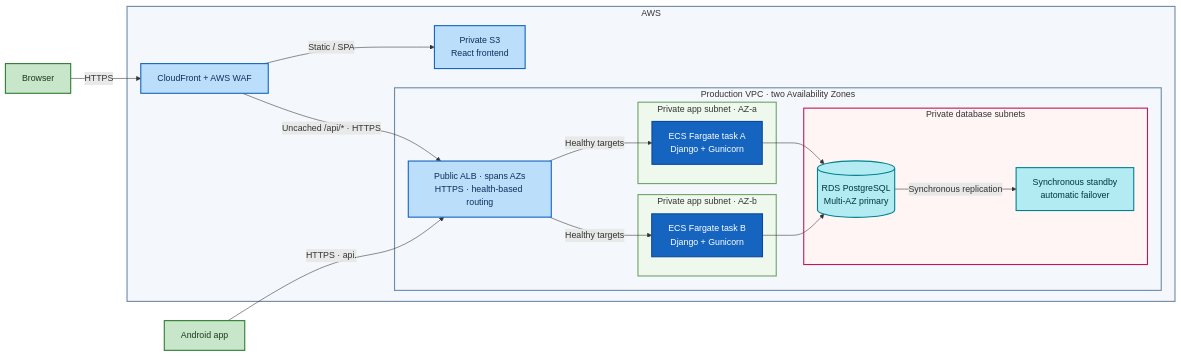
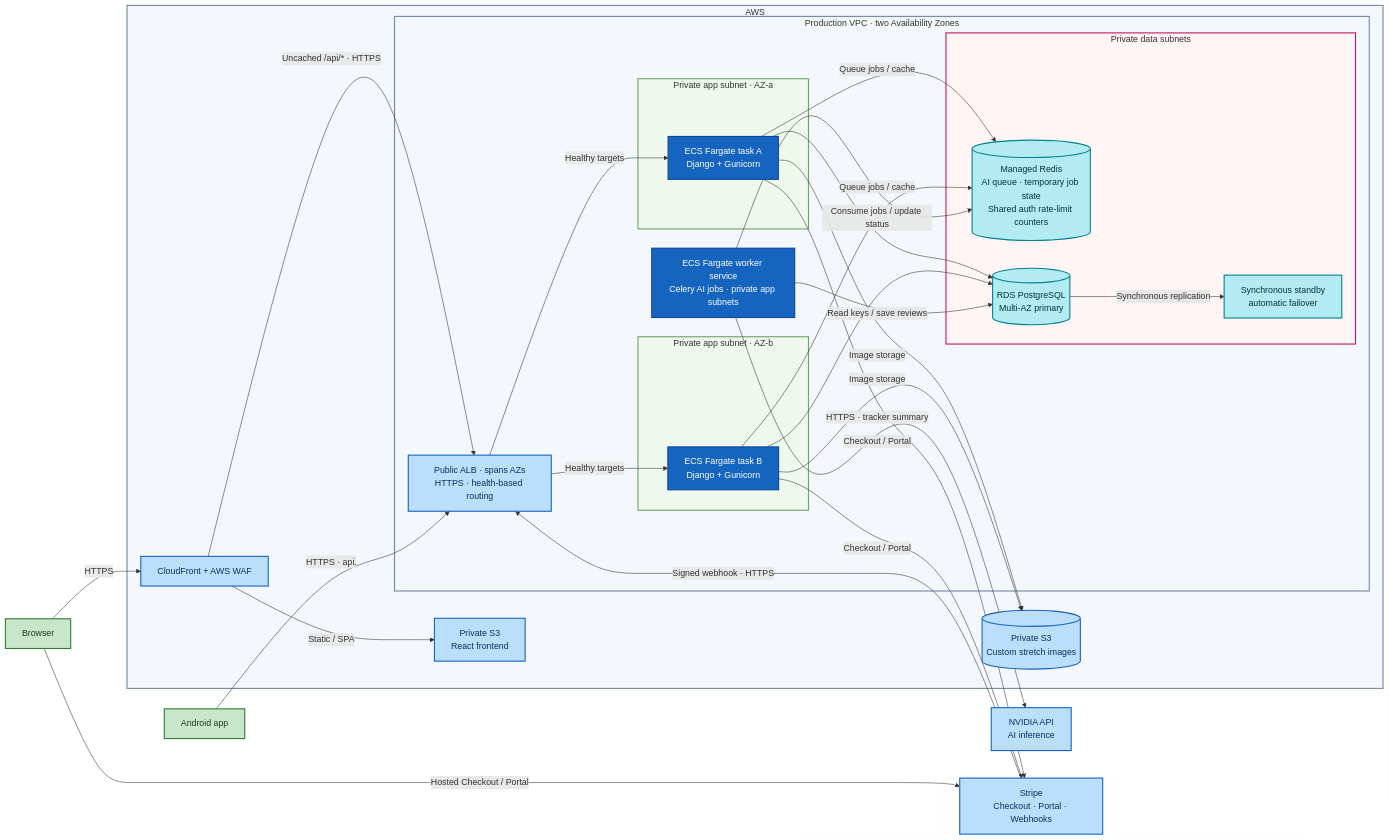
Before and after one commit to elvisrepo/long: the fourth of 5 diagrams in README.md, drawn with Mermaid. The commit also changed other lines of this file and 2 other files, not shown here.

````diff
--- a/README.md
+++ b/README.md
@@ -316,52 +316,71 @@
 ```mermaid
 flowchart LR
     B["Browser"]
     M["Android app"]
+    NVIDIA["NVIDIA API<br/>AI inference"]
+    STRIPE["Stripe<br/>Checkout · Portal · Webhooks"]
 
     subgraph AWS["AWS"]
         CF["CloudFront + AWS WAF"]
         S3["Private S3<br/>React frontend"]
+        IMAGES[("Private S3<br/>Custom stretch images")]
 
         subgraph VPC["Production VPC · two Availability Zones"]
             ALB["Public ALB · spans AZs<br/>HTTPS · health-based routing"]
 
             subgraph AZA["Private app subnet · AZ-a"]
                 A["ECS Fargate task A<br/>Django + Gunicorn"]
             end
             subgraph AZB["Private app subnet · AZ-b"]
                 C["ECS Fargate task B<br/>Django + Gunicorn"]
             end
 
-            subgraph DATA["Private database subnets"]
+            WORKER["ECS Fargate worker service<br/>Celery AI jobs · private app subnets"]
+
+            subgraph DATA["Private data subnets"]
+                REDIS[("Managed Redis<br/>AI queue · temporary job state<br/>Shared auth rate-limit counters")]
                 DB[("RDS PostgreSQL<br/>Multi-AZ primary")]
                 STANDBY["Synchronous standby<br/>automatic failover"]
             end
         end
     end
 
     B -->|"HTTPS"| CF
     CF -->|"Static / SPA"| S3
     CF -->|"Uncached /api/* · HTTPS"| ALB
     M -->|"HTTPS · api.<domain>"| ALB
     ALB -->|"Healthy targets"| A
     ALB -->|"Healthy targets"| C
     A --> DB
     C --> DB
+    A -->|"Queue jobs / cache"| REDIS
+    C -->|"Queue jobs / cache"| REDIS
+    WORKER -->|"Consume jobs / update status"| REDIS
+    WORKER -->|"Read keys / save reviews"| DB
+    WORKER -->|"HTTPS · tracker summary"| NVIDIA
+    A -->|"Image storage"| IMAGES
+    C -->|"Image storage"| IMAGES
+    A -->|"Checkout / Portal"| STRIPE
+    C -->|"Checkout / Portal"| STRIPE
+    B -->|"Hosted Checkout / Portal"| STRIPE
+    STRIPE -->|"Signed webhook · HTTPS"| ALB
     DB -->|"Synchronous replication"| STANDBY
 
     classDef client fill:#c8e6c9,stroke:#2e7d32,color:#1b3a1e,stroke-width:2px
     classDef edge fill:#bbdefb,stroke:#1565c0,color:#0d2f5c,stroke-width:2px
     classDef app fill:#1565c0,stroke:#0d47a1,color:#fff,stroke-width:2px
     classDef db fill:#b2ebf2,stroke:#00838f,color:#00363d,stroke-width:2px
 
     class B,M client
     class CF,S3,ALB edge
-    class A,C app
-    class DB,STANDBY db
+    class A,C,WORKER app
+    class DB,STANDBY,REDIS db
+    class IMAGES edge
+    class NVIDIA,STRIPE edge
 
     style AWS fill:#f4f7fb,stroke:#6f8aa6,stroke-width:2px
     style VPC fill:#f4f7fb,stroke:#6f8aa6,stroke-width:2px
     style AZA fill:#eef8ec,stroke:#6ea36a,stroke-width:2px
     style AZB fill:#eef8ec,stroke:#6ea36a,stroke-width:2px
     style DATA fill:#fff5f5,stroke:#c2185b,stroke-width:2px
 ```
````
